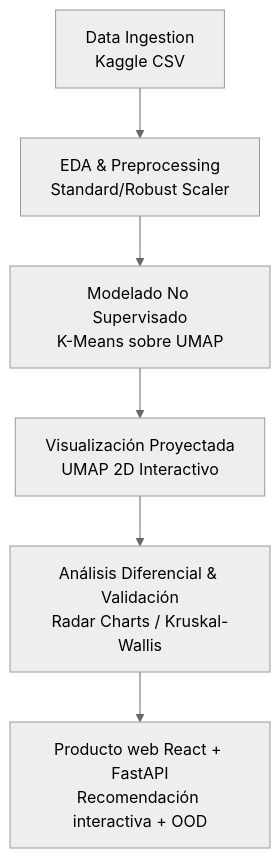
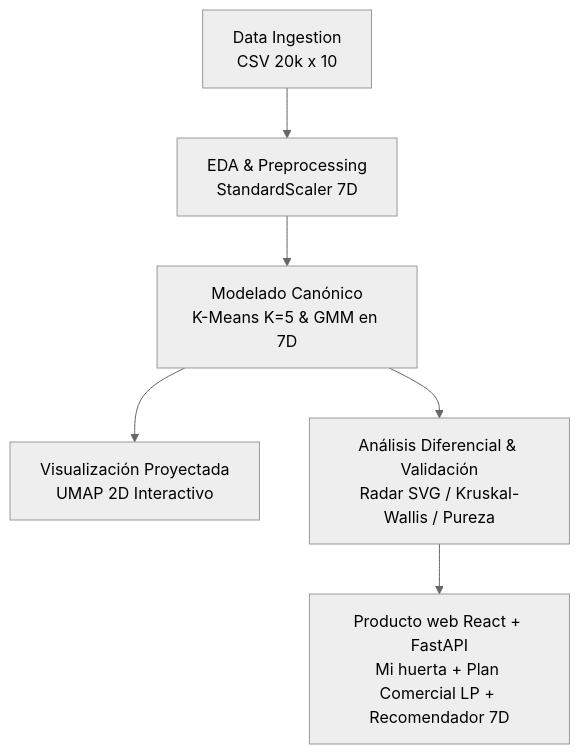
One commit to Dmgar/Project_Terra changed the diagram in README.md. Above: the diagram before and after it, drawn with Mermaid (neutral theme). The commit also changed other lines of this file and 44 other files, not shown here.

````diff
--- a/README.md
+++ b/README.md
@@ -100,8 +114,8 @@
 ```mermaid
 flowchart TD
-    A[Data Ingestion<br>Kaggle CSV] --> B[EDA & Preprocessing<br>Standard/Robust Scaler]
-    B --> C[Modelado No Supervisado<br>K-Means sobre UMAP]
+    A[Data Ingestion<br>CSV 20k x 10] --> B[EDA & Preprocessing<br>StandardScaler 7D]
+    B --> C[Modelado Canónico<br>K-Means K=5 & GMM en 7D]
     C --> D[Visualización Proyectada<br>UMAP 2D Interactivo]
-    D --> E[Análisis Diferencial & Validación<br>Radar Charts / Kruskal-Wallis]
-    E --> F[Producto web React + FastAPI<br>Recomendación interactiva + OOD]
+    C --> E[Análisis Diferencial & Validación<br>Radar SVG / Kruskal-Wallis / Pureza]
+    E --> F[Producto web React + FastAPI<br>Mi huerta + Plan Comercial LP + Recomendador 7D]
 ```
````
